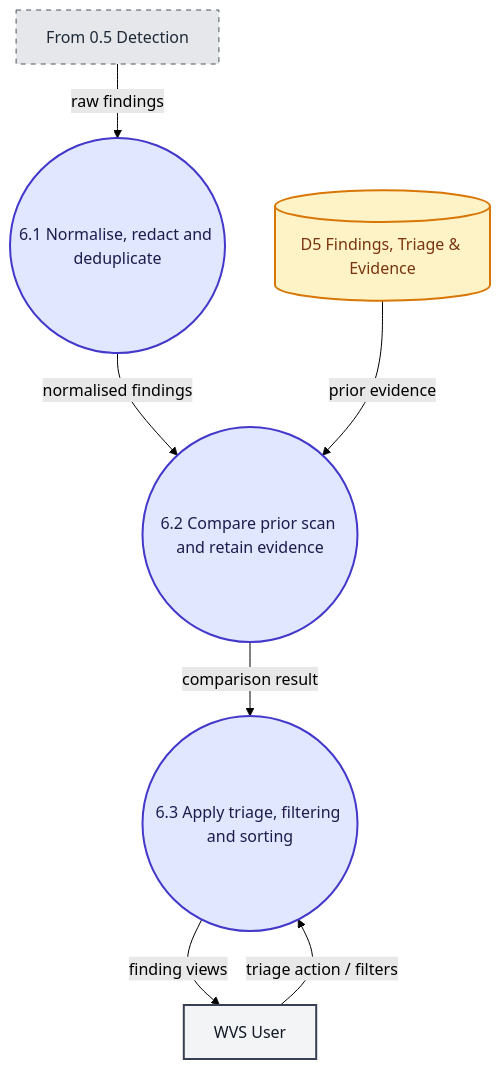
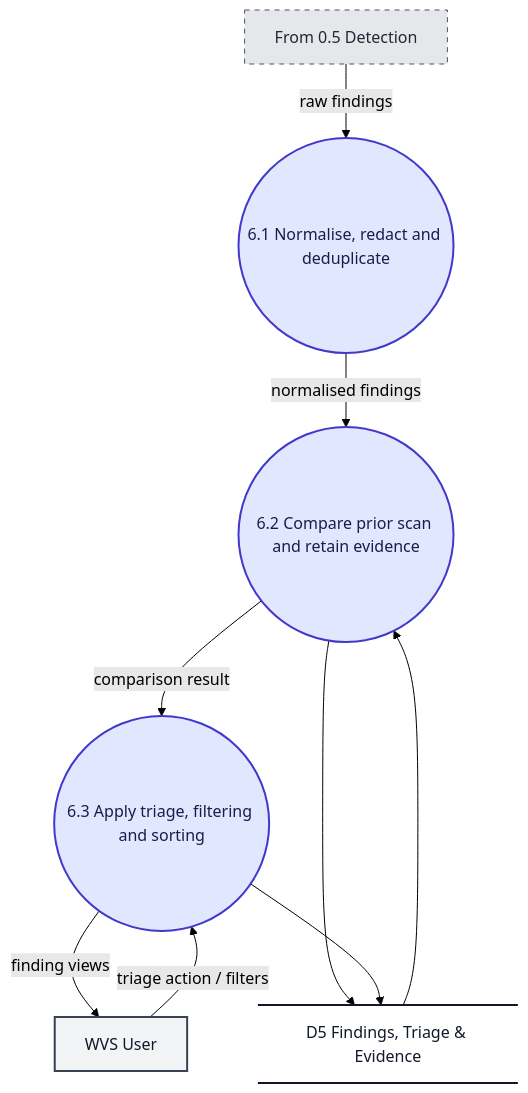
One commit to ksacheth/software-engineering changed the eighth of 10 diagrams in docs/Website_Vulnerability_Scanner_DFD.md. Above: the diagram before and after it, drawn with Mermaid (forest theme). The commit also changed other lines of this file and 25 other files, not shown here.

Commit message:
docs(dfd): standardize data store flows

````diff
--- a/docs/Website_Vulnerability_Scanner_DFD.md
+++ b/docs/Website_Vulnerability_Scanner_DFD.md
@@ -325,31 +331,33 @@
 ```mermaid
 flowchart TD
     %% Level 2 DFD - F.6 Findings Management
 
     I_From["From 0.5 Detection"]
     User["WVS User"]
 
     P61(("6.1 Normalise, redact and deduplicate"))
     P62(("6.2 Compare prior scan and retain evidence"))
     P63(("6.3 Apply triage, filtering and sorting"))
 
-    D5[("D5 Findings, Triage & Evidence")]
+    D5@{ shape: datastore, label: "D5 Findings, Triage & Evidence" }
 
     I_From -->|"raw findings"| P61
     P61 -->|"normalised findings"| P62
     P62 -->|"comparison result"| P63
     P63 -->|"finding views"| User
 
-    D5 -->|"prior evidence"| P62
+    D5 --> P62
+    P62 --> D5
     User -->|"triage action / filters"| P63
+    P63 --> D5
 
     %% Styling
     classDef process fill:#e0e7ff,stroke:#4338ca,stroke-width:2px,color:#1e1b4b;
     classDef entity fill:#f3f4f6,stroke:#374151,stroke-width:2px,color:#111827;
-    classDef store fill:#fef3c7,stroke:#d97706,stroke-width:2px,color:#78350f;
+    classDef store fill:transparent,stroke:#111827,stroke-width:2px,color:#111827;
     classDef iface fill:#e5e7eb,stroke:#4b5563,stroke-width:1px,stroke-dasharray: 5 5,color:#1f2937;
     class P61,P62,P63 process;
     class User entity;
     class D5 store;
     class I_From iface;
 ```
````
